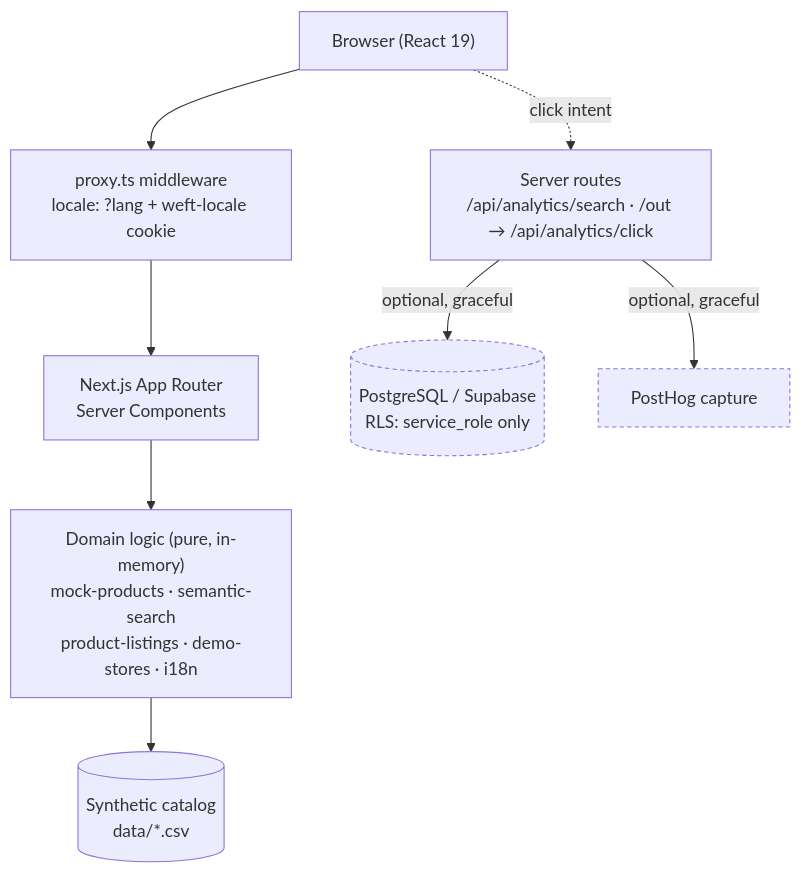
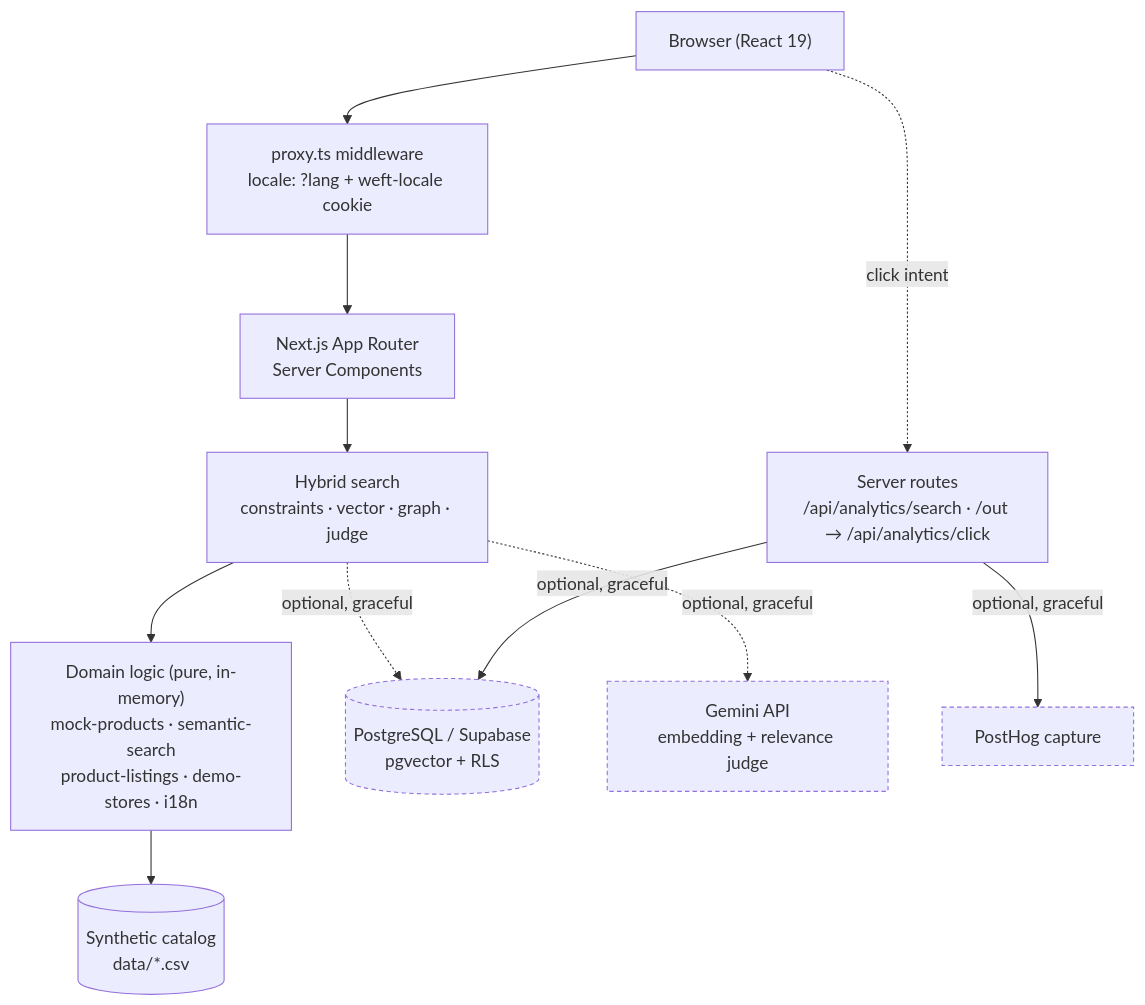
The diagram in README.md (Yashelly/Fashion_Aggregator), drawn with Mermaid before and after one commit. The commit also changed other lines of this file and 62 other files, not shown here.

Commit message:
feat: add production hybrid search and sealed evaluation

````diff
--- a/README.md
+++ b/README.md
@@ -59,20 +60,24 @@
 ```mermaid
 flowchart TD
     Browser["Browser (React 19)"]
     MW["proxy.ts middleware<br/>locale: ?lang + weft-locale cookie"]
     RSC["Next.js App Router<br/>Server Components"]
+    Search["Hybrid search<br/>constraints · vector · graph · judge"]
     Domain["Domain logic (pure, in-memory)<br/>mock-products · semantic-search<br/>product-listings · demo-stores · i18n"]
     CSV[("Synthetic catalog<br/>data/*.csv")]
     API["Server routes<br/>/api/analytics/search · /out → /api/analytics/click"]
-    PG[("PostgreSQL / Supabase<br/>RLS: service_role only")]
+    PG[("PostgreSQL / Supabase<br/>pgvector + RLS")]
+    Gemini["Gemini API<br/>embedding + relevance judge"]
     PH["PostHog capture"]
 
     Browser --> MW --> RSC
-    RSC --> Domain --> CSV
+    RSC --> Search --> Domain --> CSV
+    Search -.optional, graceful.-> PG
+    Search -.optional, graceful.-> Gemini
     Browser -.click intent.-> API
     API -->|optional, graceful| PG
     API -->|optional, graceful| PH
 
     classDef opt stroke-dasharray: 4 3;
-    class PG,PH opt;
+    class PG,Gemini,PH opt;
 ```
````
